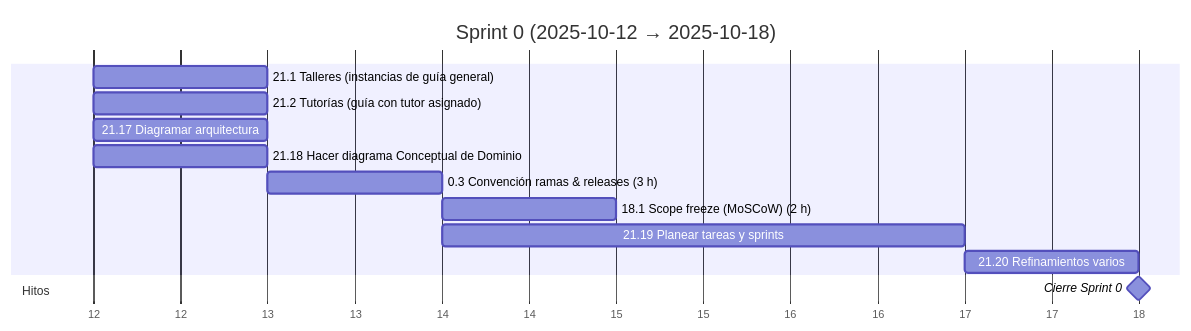
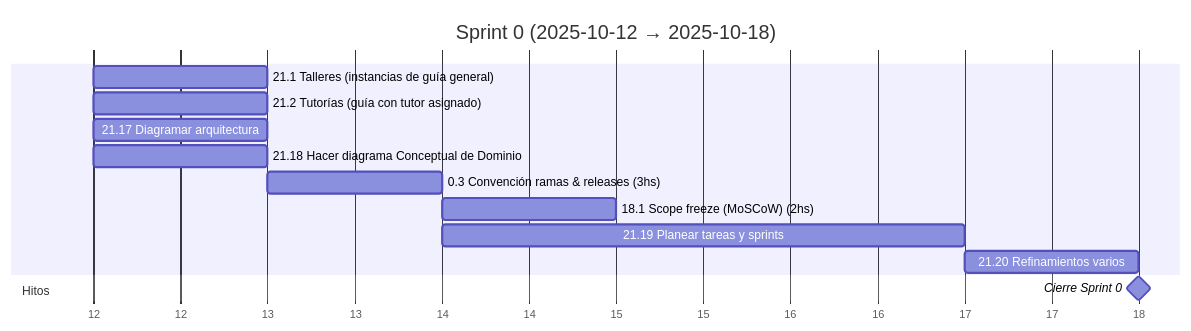
Before and after one commit to MarkMed/FleetMan: the first of 17 diagrams in docs/SprintsGantts.md, drawn with Mermaid. The commit also changed other lines of this file, not shown here.

Commit message:
Update Gantt chart documentation to standardize time format from hours to hours (hs)

````diff
--- a/docs/SprintsGantts.md
+++ b/docs/SprintsGantts.md
@@ -31,21 +31,21 @@
 ```mermaid
 %%{initBORRAR: {'theme':'base', 'themeVariables': {'primaryColor':'#9ab4e4ff'}}}%%
 gantt
   title Sprint 0 (2025-10-12 → 2025-10-18)
   dateFormat  YYYY-MM-DD
   axisFormat  %d
 
   %% Asumimos 5 h/día. Sprint retrospectivo sin estimaciones previas.
 
   21.1 Talleres (instancias de guía general)    :t211, 2025-10-12, 1d
   21.2 Tutorías (guía con tutor asignado)      :t212, 2025-10-12, 1d
   21.17 Diagramar arquitectura                 :t2117, 2025-10-12, 1d
   21.18 Hacer diagrama Conceptual de Dominio   :t2118, 2025-10-12, 1d
-  0.3 Convención ramas & releases (3 h)        :t03, after t2118, 0.6d
-  18.1 Scope freeze (MoSCoW) (2 h)            :t181, after t03, 1d
+  0.3 Convención ramas & releases (3hs)        :t03, after t2118, 0.6d
+  18.1 Scope freeze (MoSCoW) (2hs)            :t181, after t03, 1d
   21.19 Planear tareas y sprints               :t2119, after t03, 3d
   21.20 Refinamientos varios                   :t2120, after t2119, 1d
 
   section Hitos
   Cierre Sprint 0                              :milestone, s0, 2025-10-18, 0d
 ```
````
